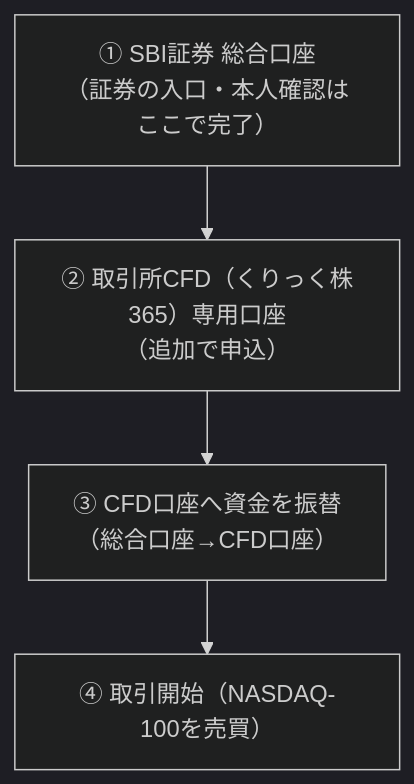
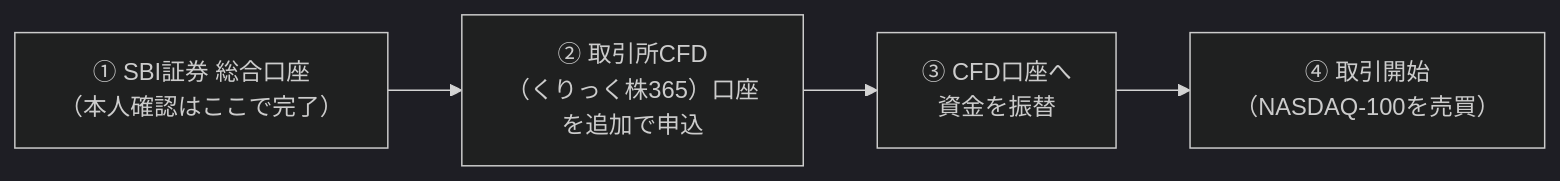
One commit to KazuyaMurayama/NASDAQ_backtest changed the second of 5 diagrams in SBI_KABU365_NASDAQ_GUIDE_20260624.md. Above: the diagram before and after it, drawn with Mermaid (dark theme). The commit also changed other lines of this file, not shown here.

First line of the commit message:
docs: 手順書を改訂（2回目以降の注文・図の横方向化・取引時間に日本時間・§10削除）

````diff
--- a/SBI_KABU365_NASDAQ_GUIDE_20260624.md
+++ b/SBI_KABU365_NASDAQ_GUIDE_20260624.md
@@ -120,6 +119,4 @@
 ```mermaid
-flowchart TB
-    A["① SBI証券 総合口座<br/>（証券の入口・本人確認はここで完了）"] --> B["② 取引所CFD（くりっく株365）専用口座<br/>（追加で申込）"]
-    B --> C["③ CFD口座へ資金を振替<br/>（総合口座→CFD口座）"]
-    C --> D["④ 取引開始（NASDAQ-100を売買）"]
+flowchart LR
+    A["① SBI証券 総合口座<br/>（本人確認はここで完了）"] --> B["② 取引所CFD<br/>（くりっく株365）口座<br/>を追加で申込"] --> C["③ CFD口座へ<br/>資金を振替"] --> D["④ 取引開始<br/>（NASDAQ-100を売買）"]
 ```
````
